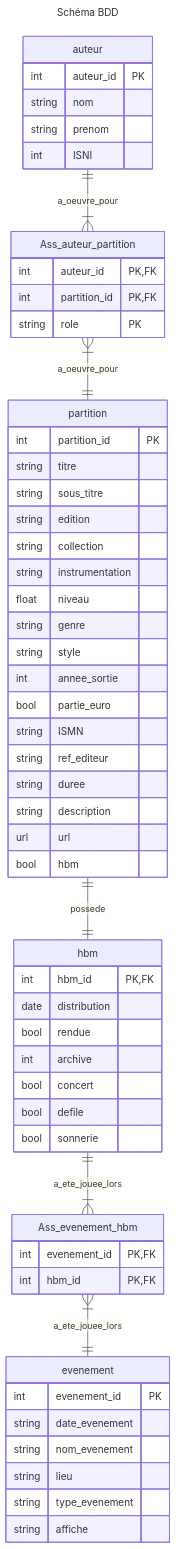
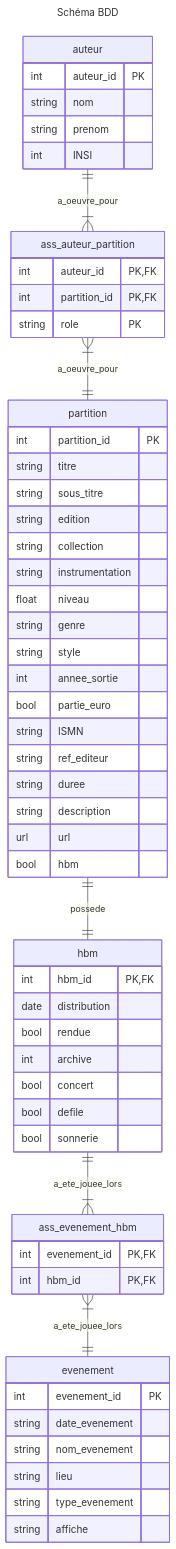
The diagram in E4/schema.md (StephParc/certification), drawn with Mermaid before and after one commit. The commit also changed 8 other files, not shown here.

````diff
--- a/E4/schema.md
+++ b/E4/schema.md
@@ -1,66 +1,66 @@
 ```mermaid
 ---
 title: Schéma BDD
 ---
 
 erDiagram
 
     auteur {
         int auteur_id PK
         string nom
         string prenom
-        int ISNI
+        int INSI
     }
     partition{
         int partition_id PK
         string titre
         string sous_titre
         string edition
         string collection
         string instrumentation
         float niveau
         string genre
         string style
         int annee_sortie
         bool partie_euro
         string ISMN
         string ref_editeur
         string duree
         string description
         url url
         bool hbm
     }
     hbm {
         int hbm_id PK, FK
         date distribution
         bool rendue
         int archive
         bool concert
         bool defile
         bool sonnerie 
     }
     evenement {
         int evenement_id PK
         string date_evenement
         string nom_evenement
         string lieu
         string type_evenement
         string affiche
     }
-    Ass_auteur_partition {
+    ass_auteur_partition {
         int auteur_id PK, FK
         int partition_id PK, FK
         string role PK
     }
-    Ass_evenement_hbm {
+    ass_evenement_hbm {
         int evenement_id PK, FK
         int hbm_id PK, FK
     }
 
-    auteur ||--|{ Ass_auteur_partition : a_oeuvre_pour
-    Ass_auteur_partition }|--|| partition : a_oeuvre_pour
-    hbm ||--|{ Ass_evenement_hbm : a_ete_jouee_lors
-    Ass_evenement_hbm }|--|| evenement : a_ete_jouee_lors
+    auteur ||--|{ ass_auteur_partition : a_oeuvre_pour
+    ass_auteur_partition }|--|| partition : a_oeuvre_pour
+    hbm ||--|{ ass_evenement_hbm : a_ete_jouee_lors
+    ass_evenement_hbm }|--|| evenement : a_ete_jouee_lors
     partition ||--|| hbm : possede
 
 ``` 
````
